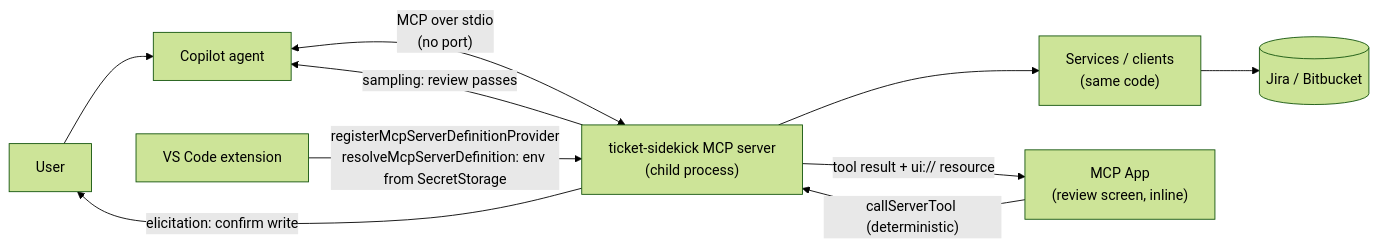
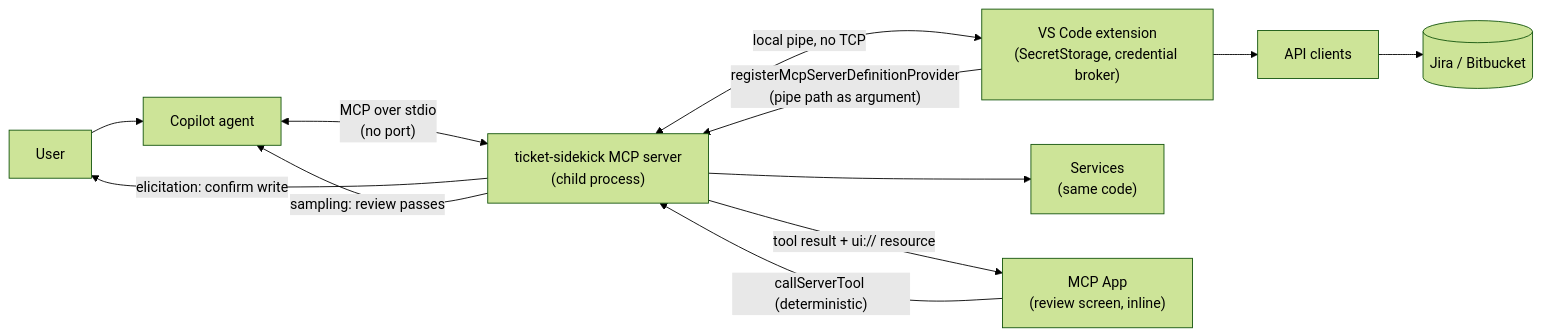
Before and after one commit to rbreunung/ticket-sidekick: the sixth of 9 diagrams in docs/architecture/copilot-harness-migration.md, drawn with Mermaid (forest theme). The commit also changed other lines of this file, not shown here.

First line of the commit message:
docs: resolve harness spikes from VS Code source; add credential broker

````diff
--- a/docs/architecture/copilot-harness-migration.md
+++ b/docs/architecture/copilot-harness-migration.md
@@ -242,11 +242,13 @@
 ```mermaid
 flowchart LR
   U["User"] --> AG["Copilot agent"]
   AG <-->|"MCP over stdio<br/>(no port)"| MS["ticket-sidekick MCP server<br/>(child process)"]
-  EXT["VS Code extension"] -->|"registerMcpServerDefinitionProvider<br/>resolveMcpServerDefinition: env from SecretStorage"| MS
-  MS --> SVC["Services / clients<br/>(same code)"] --> REM[("Jira / Bitbucket")]
+  EXT["VS Code extension<br/>(SecretStorage, credential broker)"] -->|"registerMcpServerDefinitionProvider<br/>(pipe path as argument)"| MS
+  MS <-->|"local pipe, no TCP"| EXT
+  MS --> SVC["Services<br/>(same code)"]
+  EXT --> CL["API clients"] --> REM[("Jira / Bitbucket")]
   MS -->|"tool result + ui:// resource"| APP["MCP App<br/>(review screen, inline)"]
   APP -->|"callServerTool (deterministic)"| MS
   MS -->|"elicitation: confirm write"| U
   MS -->|"sampling: review passes"| AG
 ```
````
